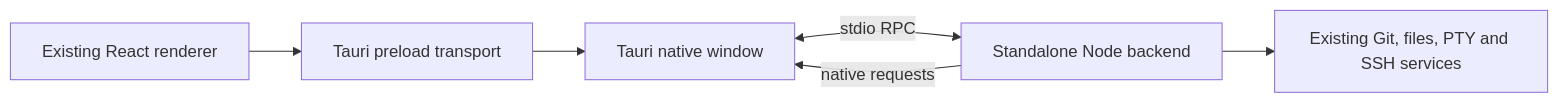
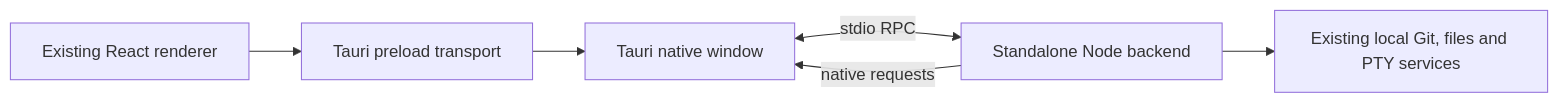
The diagram in src-tauri/README.md (WYK15/orca), drawn with Mermaid before and after one commit. The commit also changed other lines of this file and 98 other files, not shown here.

````diff
--- a/src-tauri/README.md
+++ b/src-tauri/README.md
@@ -78,8 +79,8 @@
 ```mermaid
 flowchart LR
   UI[Existing React renderer] --> Adapter[Tauri preload transport]
   Adapter --> Rust[Tauri native window]
   Rust <-->|stdio RPC| Node[Standalone Node backend]
-  Node --> Services[Existing Git, files, PTY and SSH services]
+  Node --> Services[Existing local Git, files and PTY services]
   Node -->|native requests| Rust
 ```
````
